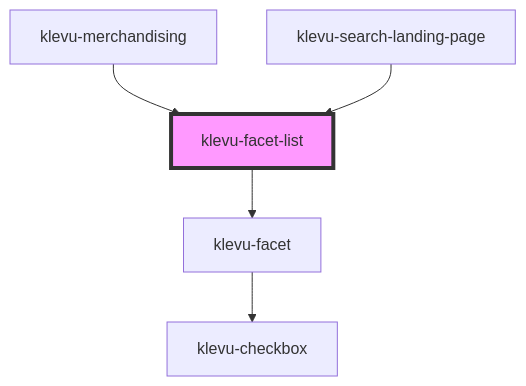
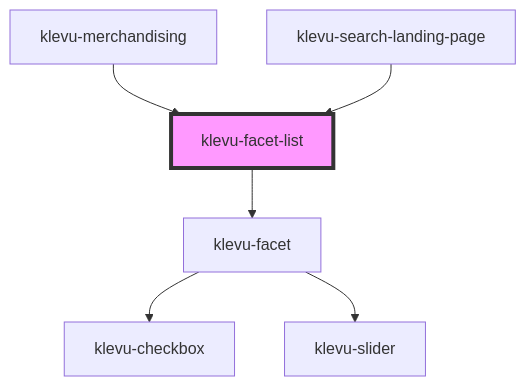
One commit to klevultd/frontend-sdk changed the diagram in packages/klevu-ui/src/components/klevu-facet-list/readme.md. Above: the diagram before and after it, drawn with Mermaid. The commit also changed 16 other files, not shown here.

````diff
--- a/packages/klevu-ui/src/components/klevu-facet-list/readme.md
+++ b/packages/klevu-ui/src/components/klevu-facet-list/readme.md
@@ -29,8 +29,9 @@
 ```mermaid
 graph TD;
   klevu-facet-list --> klevu-facet
   klevu-facet --> klevu-checkbox
+  klevu-facet --> klevu-slider
   klevu-merchandising --> klevu-facet-list
   klevu-search-landing-page --> klevu-facet-list
   style klevu-facet-list fill:#f9f,stroke:#333,stroke-width:4px
 ```
````
